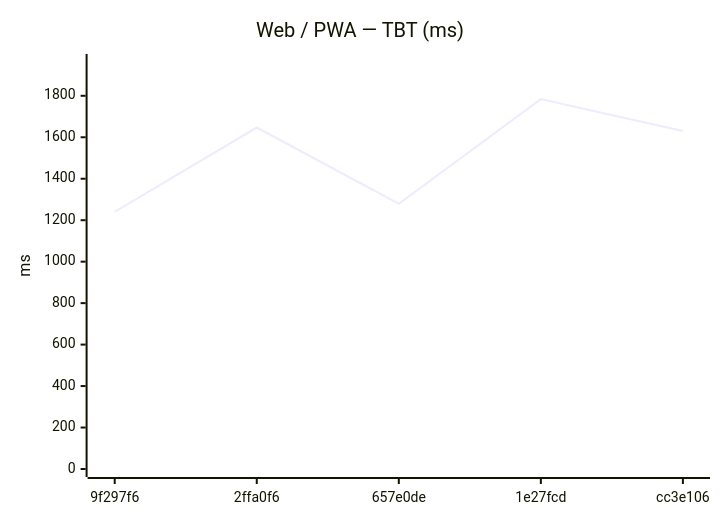
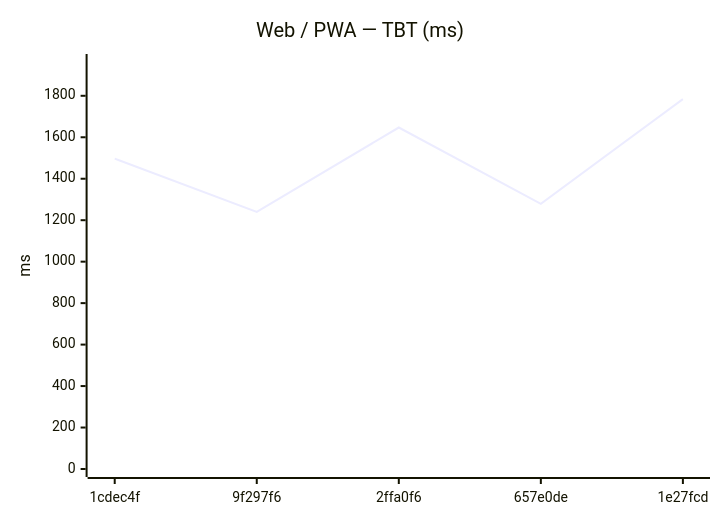
Before and after one commit to Metaheurist/Rianell: the eighth of 18 diagrams in benchmarks/compare.md, drawn with Mermaid. The commit also changed other lines of this file and 11 other files, not shown here.

````diff
--- a/benchmarks/compare.md
+++ b/benchmarks/compare.md
@@ -124,7 +124,7 @@
 ```mermaid
 xychart-beta
     title "Web / PWA — TBT (ms)"
-    x-axis ["9f297f6", "2ffa0f6", "657e0de", "1e27fcd", "cc3e106"]
+    x-axis ["1cdec4f", "9f297f6", "2ffa0f6", "657e0de", "1e27fcd"]
     y-axis "ms" 0 --> 1963
-    line [1240, 1647, 1279, 1784, 1630]
+    line [1497, 1240, 1647, 1279, 1784]
 ```
````
